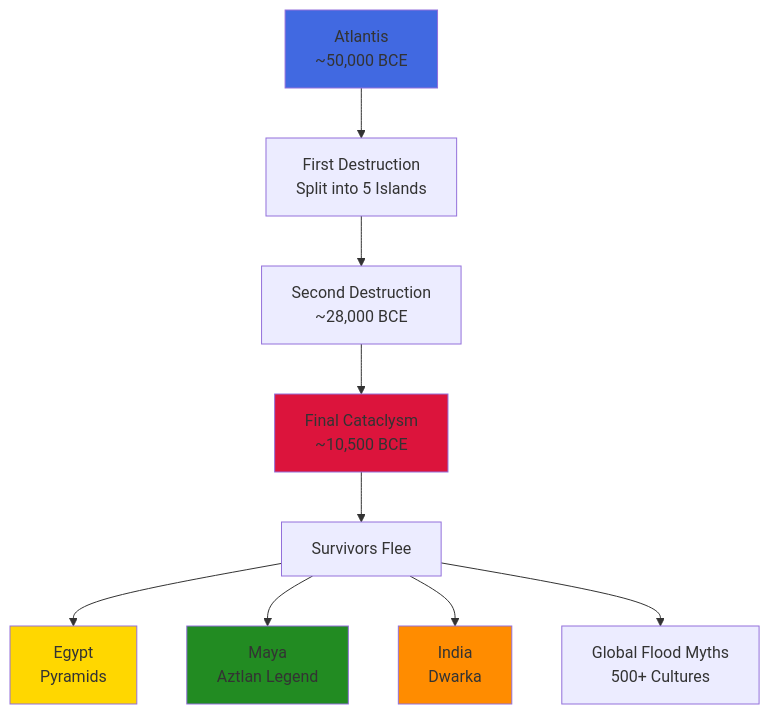
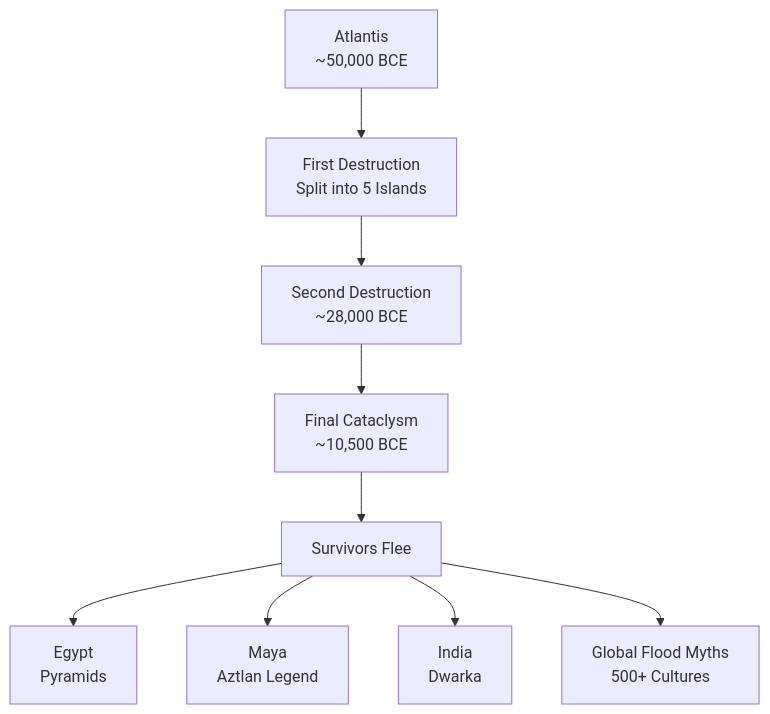
One commit to dyukahi/knowledge changed the first of 5 diagrams in esoterica/Atlantis.md. Above: the diagram before and after it, drawn with Mermaid. The commit also changed other lines of this file, not shown here.

Commit message:
Fix: Remove custom colors from Mermaid diagrams in Atlantis

````diff
--- a/esoterica/Atlantis.md
+++ b/esoterica/Atlantis.md
@@ -26,17 +26,11 @@
 ```mermaid
 graph TD
     A[Atlantis<br/>~50,000 BCE] --> B[First Destruction<br/>Split into 5 Islands]
     B --> C[Second Destruction<br/>~28,000 BCE]
     C --> D[Final Cataclysm<br/>~10,500 BCE]
     D --> E[Survivors Flee]
     E --> F[Egypt<br/>Pyramids]
     E --> G[Maya<br/>Aztlan Legend]
     E --> H[India<br/>Dwarka]
     E --> I[Global Flood Myths<br/>500+ Cultures]
-    
-    style A fill:#4169E1
-    style D fill:#DC143C
-    style F fill:#FFD700
-    style G fill:#228B22
-    style H fill:#FF8C00
 ```
````
